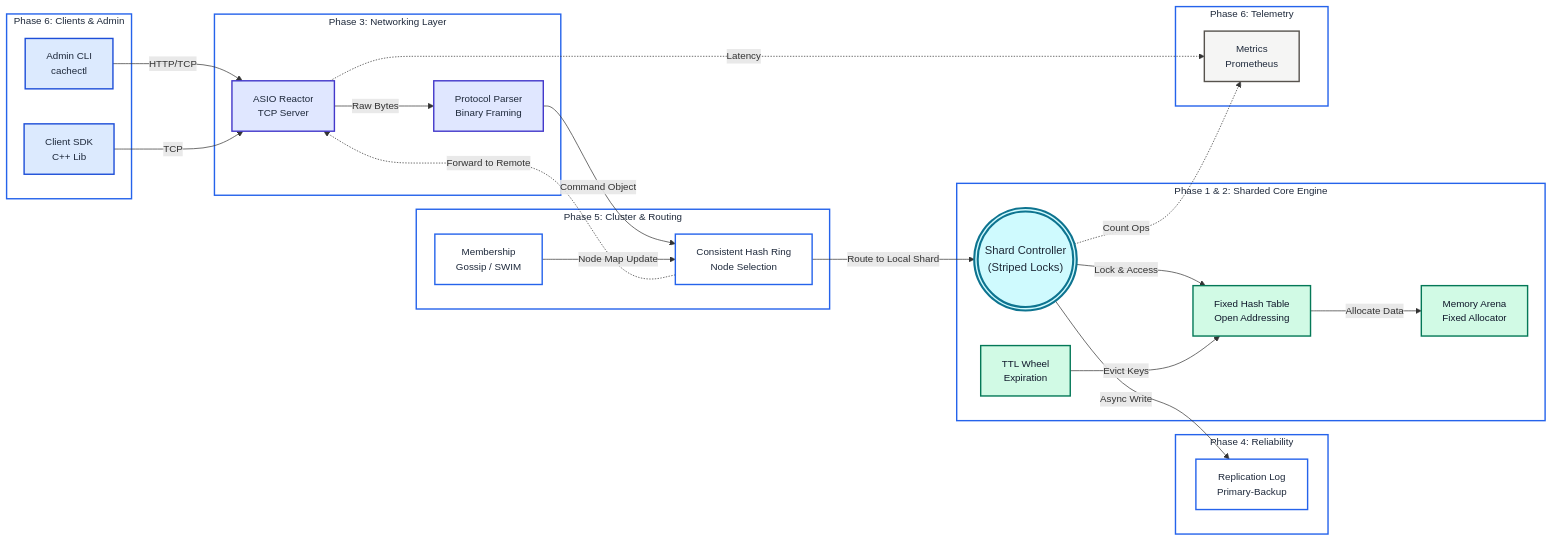
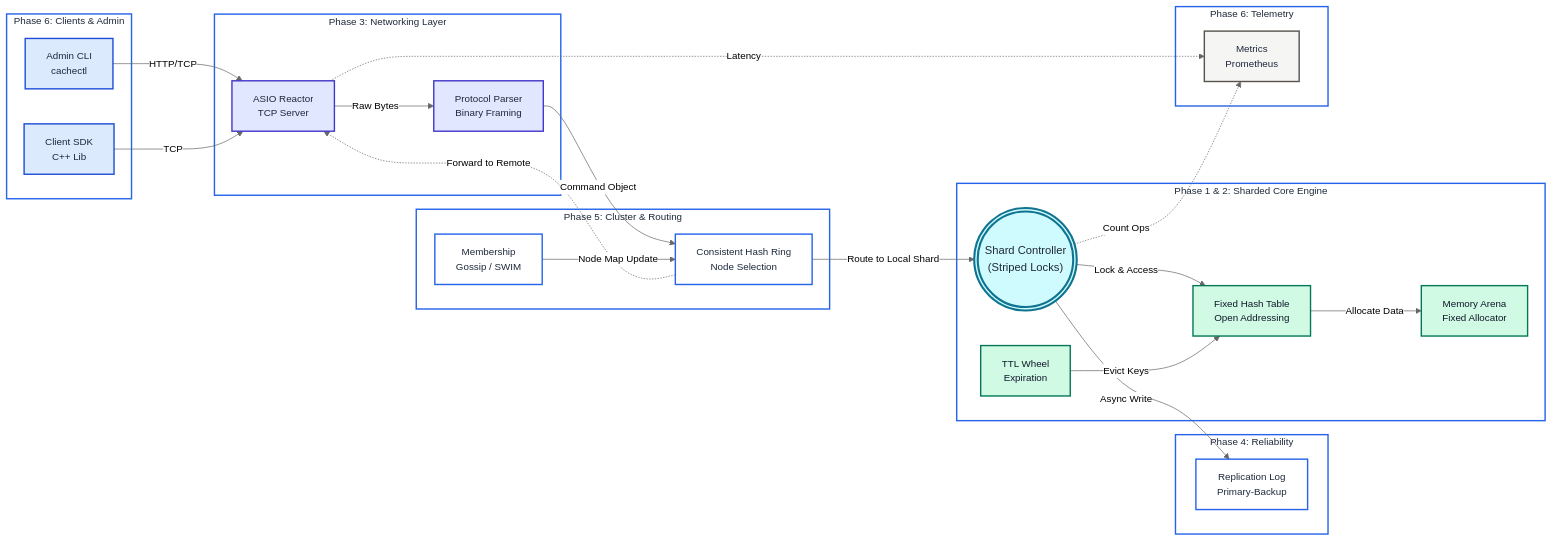
Before and after one commit to Sudhanshu-S3/Distributed-Cache-System: the diagram in README.md, drawn with Mermaid.

Commit message:
Update Mermaid theme in README.md
Changed Mermaid theme from 'default' to 'neutral' in README.

````diff
--- a/README.md
+++ b/README.md
@@ -6,73 +6,72 @@
 ```mermaid
 ---
 config:
-  theme: default
+  theme: neutral
   themeVariables:
     fontFamily: Inter, Arial
     fontSize: 14px
-    clusterBkg: '#ffffff'
-    clusterBorder: '#d1d5db'
     primaryColor: '#eef2ff'
     primaryBorderColor: '#4f46e5'
     primaryTextColor: '#1f2937'
   layout: fixed
 ---
+
 flowchart LR
  subgraph PH6["Phase 6: Clients & Admin"]
         CLI["Admin CLI<br>cachectl"]
         SDK["Client SDK<br>C++ Lib"]
   end
  subgraph PH3["Phase 3: Networking Layer"]
         ASIO["ASIO Reactor<br>TCP Server"]
         PROTO["Protocol Parser<br>Binary Framing"]
   end
  subgraph PH5["Phase 5: Cluster & Routing"]
         MEM["Membership<br>Gossip / SWIM"]
         RING["Consistent Hash Ring<br>Node Selection"]
   end
  subgraph PH4["Phase 4: Reliability"]
         REP["Replication Log<br>Primary-Backup"]
   end
  subgraph CORE["Phase 1 & 2: Sharded Core Engine"]
         SHARD((("Shard Controller<br>(Striped Locks)")))
         HT["Fixed Hash Table<br>Open Addressing"]
         ARENA["Memory Arena<br>Fixed Allocator"]
         TTL["TTL Wheel<br>Expiration"]
   end
  subgraph OBS["Phase 6: Telemetry"]
         MET["Metrics<br>Prometheus"]
   end
     CLI -- HTTP/TCP --> ASIO
     SDK -- TCP --> ASIO
     ASIO -- Raw Bytes --> PROTO
     PROTO -- Command Object --> RING
     MEM -- Node Map Update --> RING
     RING -- Route to Local Shard --> SHARD
     RING -. Forward to Remote .-> ASIO
     SHARD -- Lock & Access --> HT
     HT -- Allocate Data --> ARENA
     TTL -- Evict Keys --> HT
     SHARD -- Async Write --> REP
     SHARD -. Count Ops .-> MET
     ASIO -. Latency .-> MET
 
      CLI:::client
      SDK:::client
      ASIO:::net
      PROTO:::net
      MEM:::cluster
      RING:::cluster
      REP:::cluster
      SHARD:::controller
      HT:::core
      ARENA:::core
      TTL:::core
      MET:::obs
 
     classDef client fill:#dceafe,stroke:#1d4ed8,stroke-width:2px,color:#1e293b
     classDef net fill:#e0e7ff,stroke:#4338ca,stroke-width:2px,color:#1e293b
     classDef cluster fill:#ffffff,stroke:#2563eb,stroke-width:2px,color:#1e293b
     classDef core fill:#d1fae5,stroke:#047857,stroke-width:2px,color:#0f172a
     classDef obs fill:#f5f5f4,stroke:#57534e,stroke-width:2px,color:#1e293b
     classDef controller fill:#cffafe,stroke:#0e7490,stroke-width:3px,color:#1f2937,font-size:16px
 ```
````
